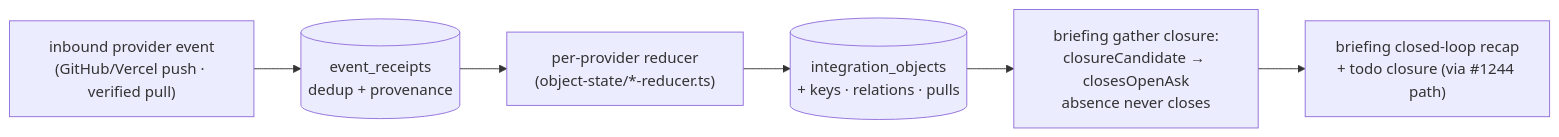
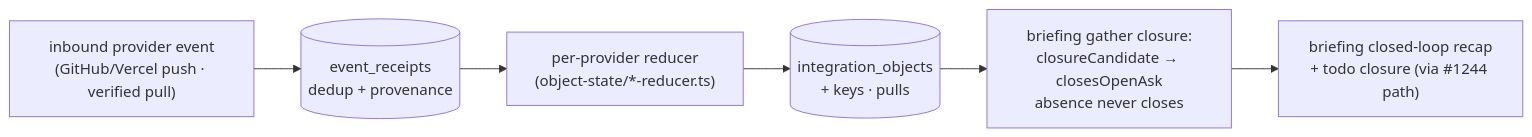
The sixth of 6 diagrams in docs/reference/implementation-map.md (99Yash/alfred), drawn with Mermaid before and after one commit. The commit also changed other lines of this file and 49 other files, not shown here.

````diff
--- a/docs/reference/implementation-map.md
+++ b/docs/reference/implementation-map.md
@@ -299,8 +298,8 @@
 ```mermaid
 flowchart LR
   EV["inbound provider event<br/>(GitHub/Vercel push · verified pull)"] --> RC[("event_receipts<br/>dedup + provenance")]
   RC --> RED["per-provider reducer<br/>(object-state/*-reducer.ts)"]
-  RED --> OBJ[("integration_objects<br/>+ keys · relations · pulls")]
+  RED --> OBJ[("integration_objects<br/>+ keys · pulls")]
   OBJ --> CL["briefing gather closure:<br/>closureCandidate → closesOpenAsk<br/>absence never closes"]
   CL --> BR["briefing closed-loop recap<br/>+ todo closure (via #1244 path)"]
 ```
````
